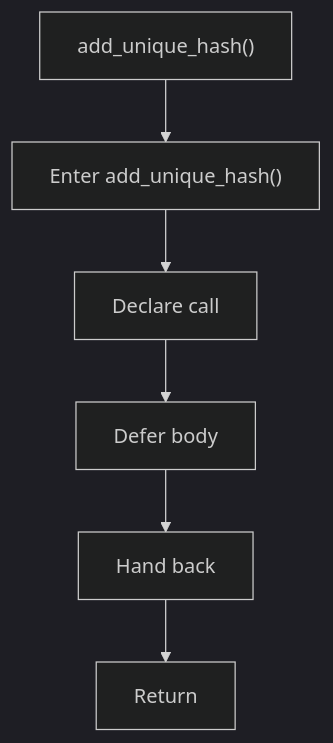
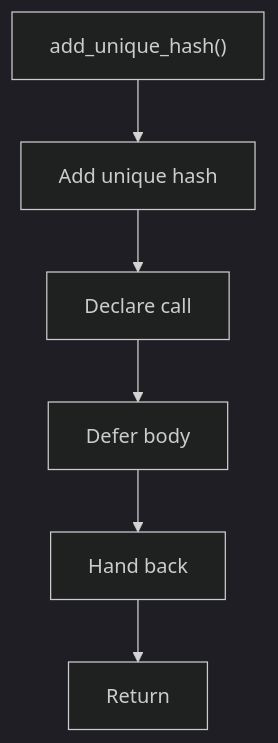
The diagram in docs/Codebase/Microservice/Modules/Header/SyntacticBrokenAST/Trees/Actual/Internal/Flow/functions/add_unique_hash.hpp.md (JohnAndrewBalbarosa/NeoTerritory), drawn with Mermaid (dark theme) before and after one commit. The commit also changed other lines of this file and 915 other files, not shown here.

````diff
--- a/docs/Codebase/Microservice/Modules/Header/SyntacticBrokenAST/Trees/Actual/Internal/Flow/functions/add_unique_hash.hpp.md
+++ b/docs/Codebase/Microservice/Modules/Header/SyntacticBrokenAST/Trees/Actual/Internal/Flow/functions/add_unique_hash.hpp.md
@@ -16,14 +16,14 @@
 ```mermaid
 flowchart TD
     Start["add_unique_hash()"]
-    N0["Enter add_unique_hash()"]
+    N0["Add unique hash"]
     N1["Declare call"]
     N2["Defer body"]
     N3["Hand back"]
     End["Return"]
     Start --> N0
     N0 --> N1
     N1 --> N2
     N2 --> N3
     N3 --> End
 ```
````
